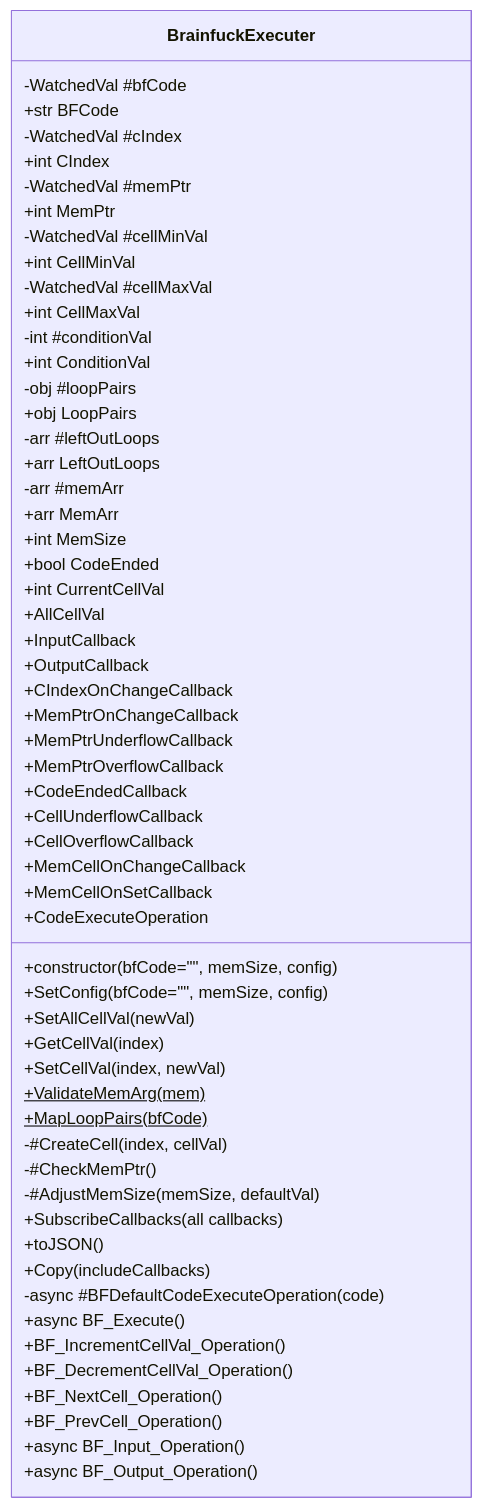
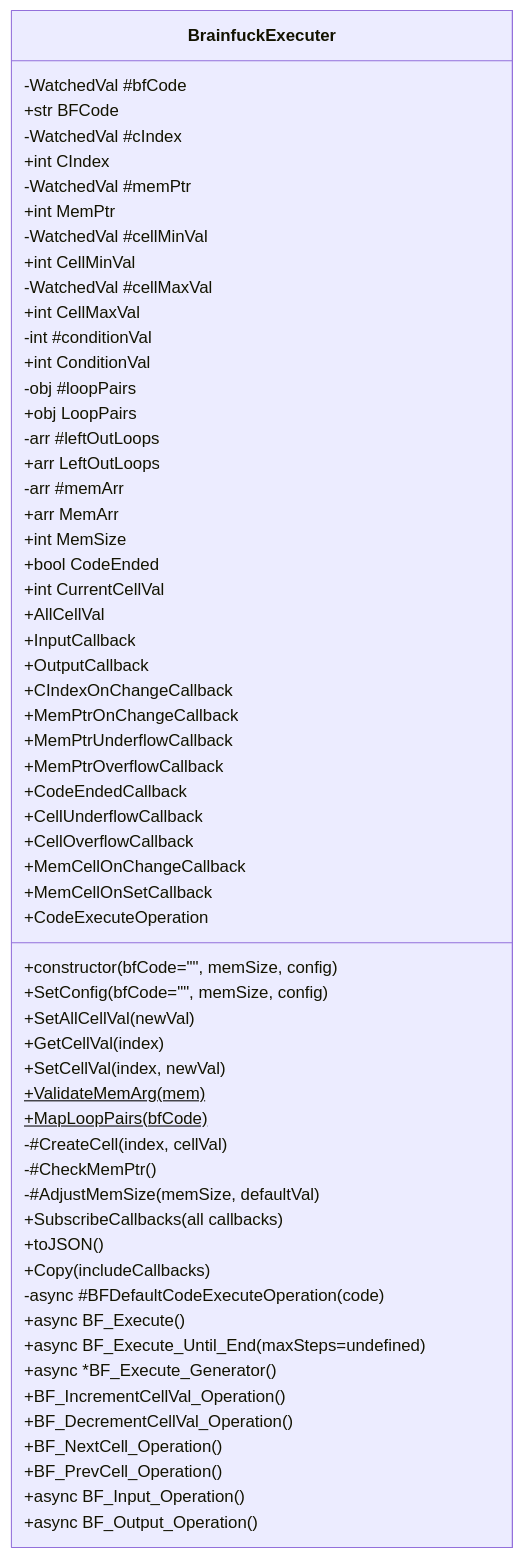
Before and after one commit to BCS21090011/BrainFucker: the first of 46 diagrams in Classes_Info/BrainfuckExecuter.md, drawn with Mermaid. The commit also changed other lines of this file and 1 other file, not shown here.

Commit message:
Added execute-until-end with generator.

````diff
--- a/Classes_Info/BrainfuckExecuter.md
+++ b/Classes_Info/BrainfuckExecuter.md
@@ -5,66 +5,68 @@
 ```mermaid
 classDiagram
 
 class BrainfuckExecuter {
     -WatchedVal #bfCode
     +str BFCode
     -WatchedVal #cIndex
     +int CIndex
     -WatchedVal #memPtr
     +int MemPtr
     -WatchedVal #cellMinVal
     +int CellMinVal
     -WatchedVal #cellMaxVal
     +int CellMaxVal
 
     -int #conditionVal
     +int ConditionVal
     -obj #loopPairs
     +obj LoopPairs
     -arr #leftOutLoops
     +arr LeftOutLoops
     -arr #memArr
     +arr MemArr
 
     +int MemSize
     +bool CodeEnded
     +int CurrentCellVal
     +AllCellVal
 
     +InputCallback
     +OutputCallback
     +CIndexOnChangeCallback
     +MemPtrOnChangeCallback
     +MemPtrUnderflowCallback
     +MemPtrOverflowCallback
     +CodeEndedCallback
     +CellUnderflowCallback
     +CellOverflowCallback
     +MemCellOnChangeCallback
     +MemCellOnSetCallback
     +CodeExecuteOperation
 
     +constructor(bfCode="", memSize, config)
     +SetConfig(bfCode="", memSize, config)
     +SetAllCellVal(newVal)
     +GetCellVal(index)
     +SetCellVal(index, newVal)
     +ValidateMemArg(mem)$
     +MapLoopPairs(bfCode)$
     -#CreateCell(index, cellVal)
     -#CheckMemPtr()
     -#AdjustMemSize(memSize, defaultVal)
     +SubscribeCallbacks(all callbacks)
     +toJSON()
     +Copy(includeCallbacks)
 
     -async #BFDefaultCodeExecuteOperation(code)
     +async BF_Execute()
+    +async BF_Execute_Until_End(maxSteps=undefined)
+    +async *BF_Execute_Generator()
     +BF_IncrementCellVal_Operation()
     +BF_DecrementCellVal_Operation()
     +BF_NextCell_Operation()
     +BF_PrevCell_Operation()
     +async BF_Input_Operation()
     +async BF_Output_Operation()
 }
 ```
````
